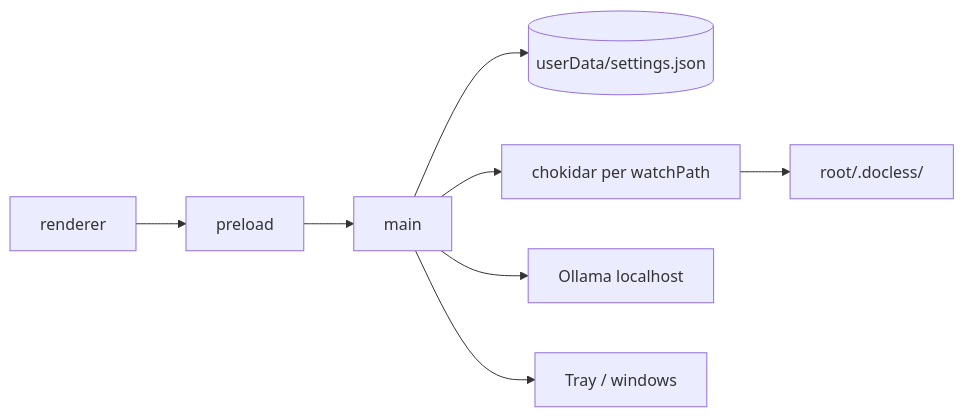
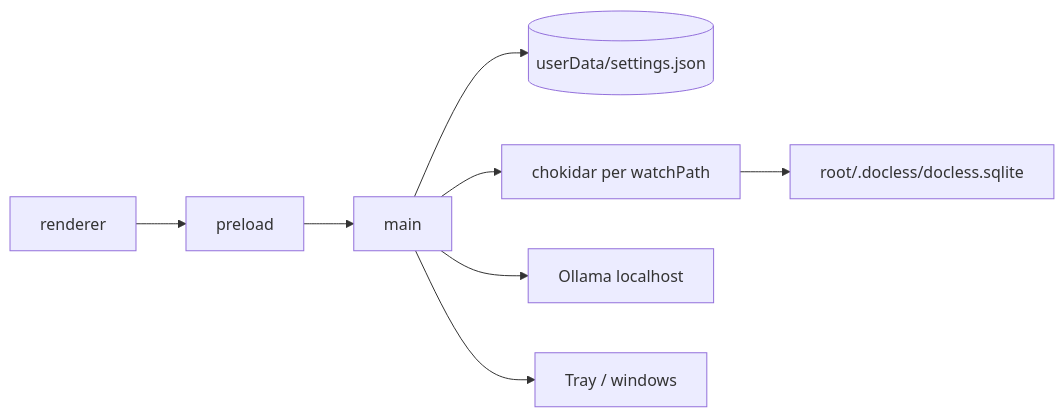
One commit to TheGoatedDev/Docless changed the diagram in docs/architecture.md. Above: the diagram before and after it, drawn with Mermaid. The commit also changed other lines of this file and 2 other files, not shown here.

First line of the commit message:
docs: define SQLite sidecar layout (ADR 0008)

````diff
--- a/docs/architecture.md
+++ b/docs/architecture.md
@@ -23,9 +23,9 @@
 ```mermaid
 flowchart LR
   renderer --> preload --> main
   main --> settings[(userData/settings.json)]
   main --> watch[chokidar per watchPath]
-  watch --> docless["root/.docless/"]
+  watch --> docless["root/.docless/docless.sqlite"]
   main --> ollama[Ollama localhost]
   main --> tray[Tray / windows]
 ```
````
